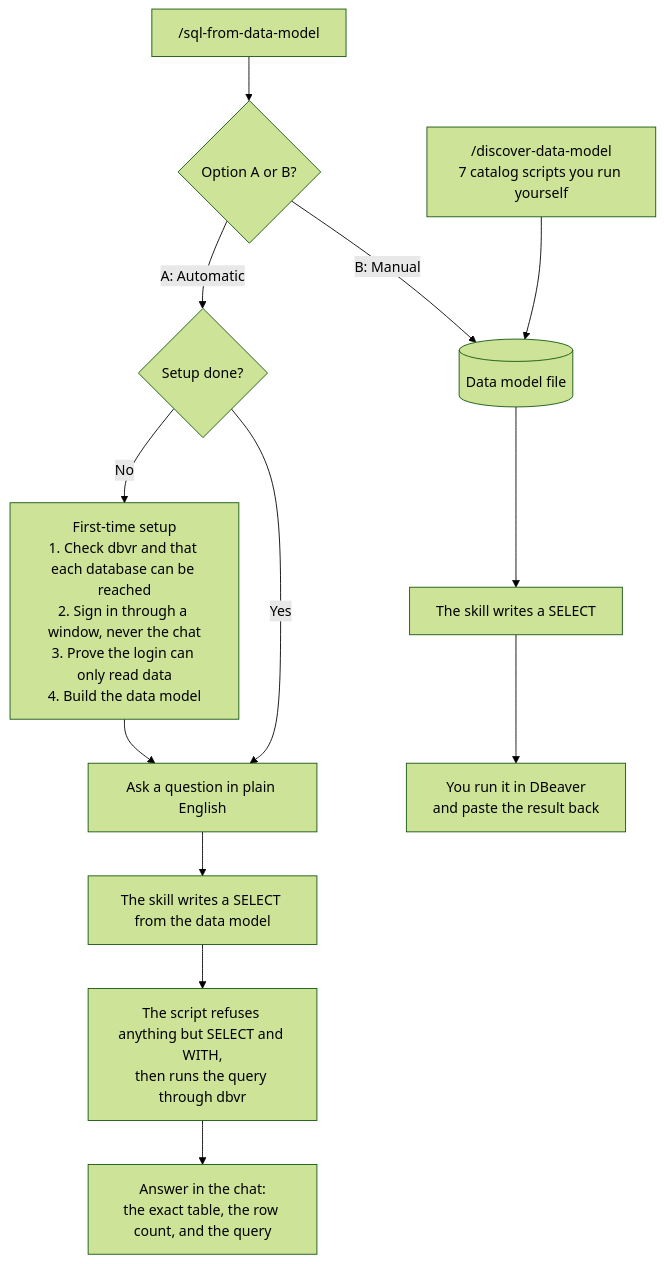
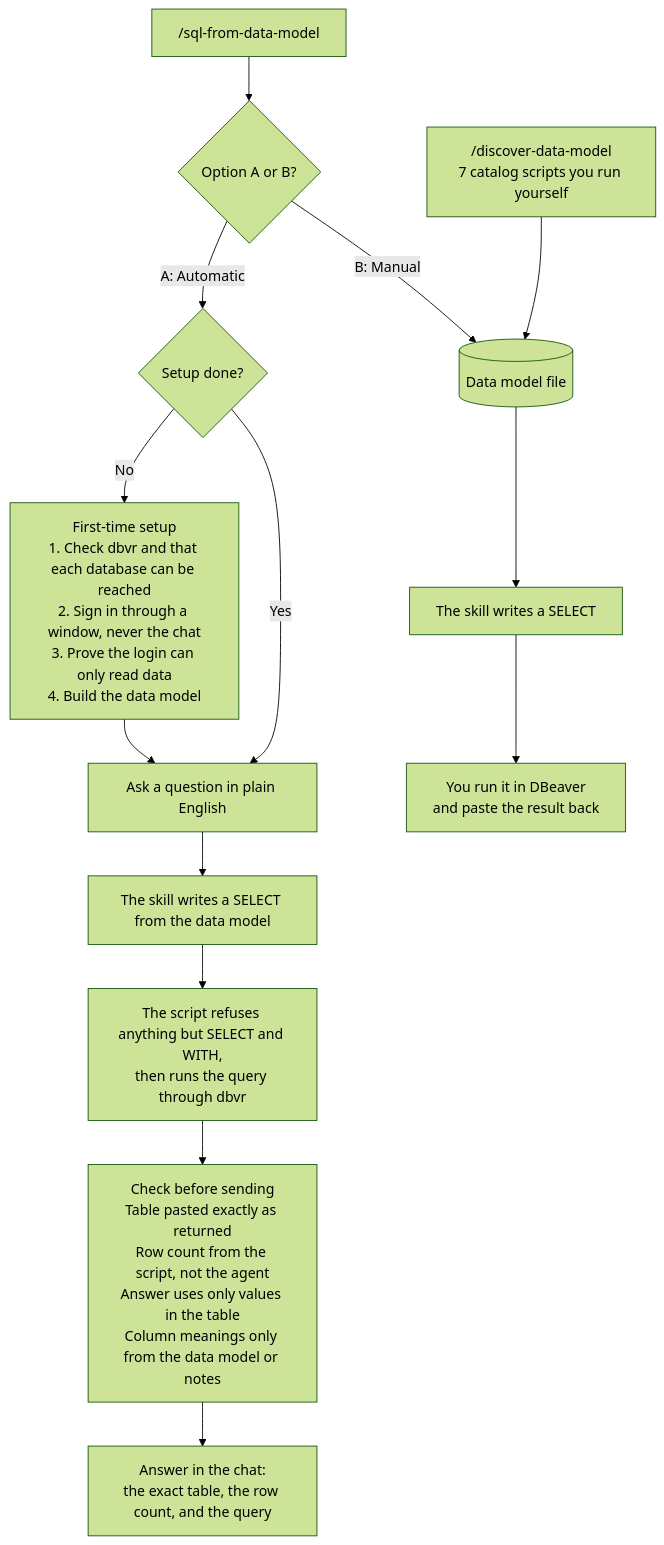
One commit to Tytrana/data-model-skills-ty changed the diagram in README.md. Above: the diagram before and after it, drawn with Mermaid (forest theme).

Commit message:
docs: show the answer checks in the workflow diagram

````diff
--- a/README.md
+++ b/README.md
@@ -13,17 +13,18 @@
 ```mermaid
 flowchart TD
   start["/sql-from-data-model"] --> menu{"Option A or B?"}
 
   menu -->|"A: Automatic"| done{"Setup done?"}
   done -->|No| setup["First-time setup<br/>1. Check dbvr and that each database can be reached<br/>2. Sign in through a window, never the chat<br/>3. Prove the login can only read data<br/>4. Build the data model"]
   setup --> ask
   done -->|Yes| ask["Ask a question in plain English"]
   ask --> write["The skill writes a SELECT from the data model"]
   write --> run["The script refuses anything but SELECT and WITH,<br/>then runs the query through dbvr"]
-  run --> answer["Answer in the chat:<br/>the exact table, the row count, and the query"]
+  run --> verify["Check before sending<br/>Table pasted exactly as returned<br/>Row count from the script, not the agent<br/>Answer uses only values in the table<br/>Column meanings only from the data model or notes"]
+  verify --> answer["Answer in the chat:<br/>the exact table, the row count, and the query"]
 
   menu -->|"B: Manual"| model[("Data model file")]
   discover["/discover-data-model<br/>7 catalog scripts you run yourself"] --> model
   model --> writeb["The skill writes a SELECT"]
   writeb --> dbeaver["You run it in DBeaver<br/>and paste the result back"]
 ```
````
